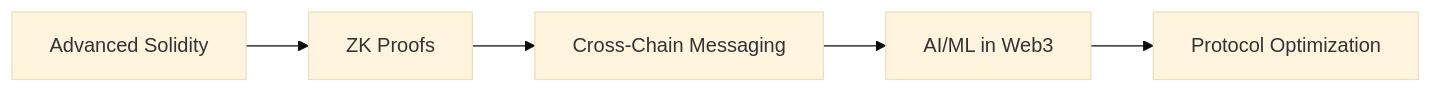
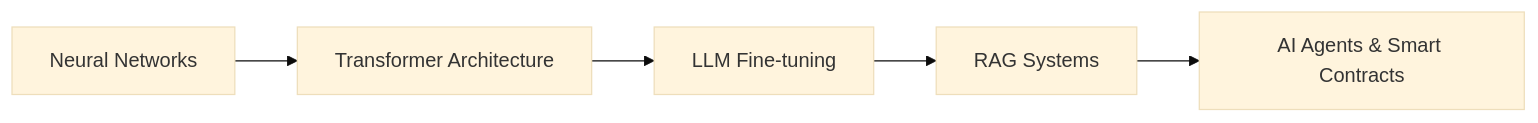
One commit to mmarfinetz/mmarfinetz changed the diagram in README.md. Above: the diagram before and after it, drawn with Mermaid (base theme).

````diff
--- a/README.md
+++ b/README.md
@@ -84,7 +84,7 @@
 ```mermaid
 graph LR
-    A[Advanced Solidity] --> B[ZK Proofs]
-    B --> C[Cross-Chain Messaging]
-    C --> D[AI/ML in Web3]
-    D --> E[Protocol Optimization]
+    A[Neural Networks] --> B[Transformer Architecture]
+    B --> C[LLM Fine-tuning]
+    C --> D[RAG Systems]
+    D --> E[AI Agents & Smart Contracts]
 ```
````
